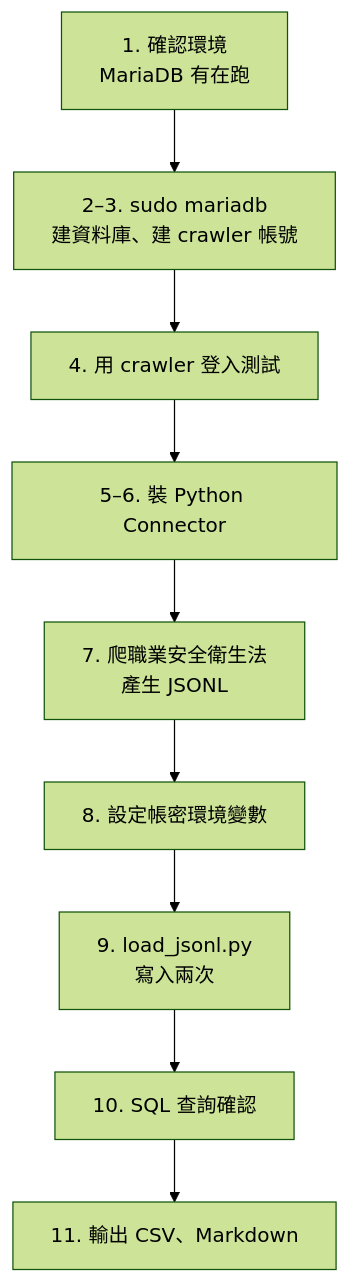
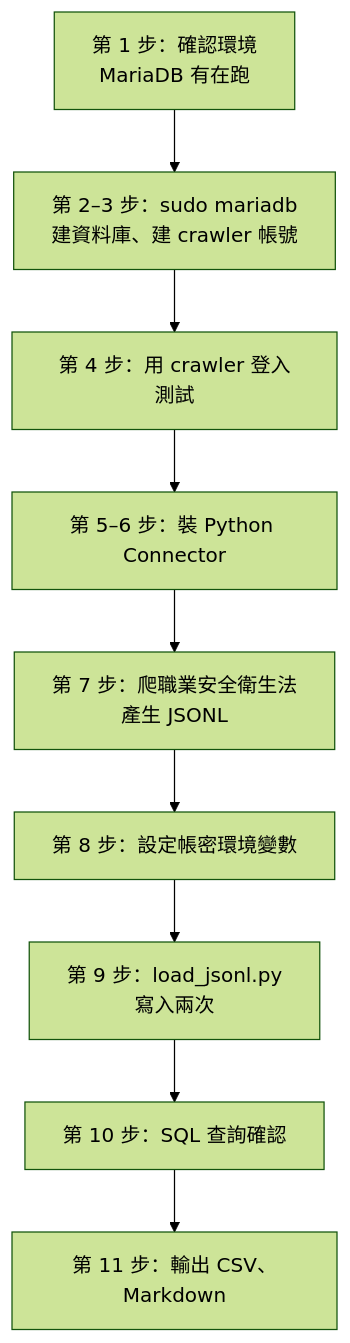
The diagram in docs/16-mariadb-setup.md (4-learn/python-web-crawler-demo), drawn with Mermaid (forest theme) before and after one commit.

Commit message:
[pm] fix: 16 附錄流程圖「1. …」被 mermaid 當成 markdown 清單（Unsupported markdown: list），改成「第 1 步：…」

````diff
--- a/docs/16-mariadb-setup.md
+++ b/docs/16-mariadb-setup.md
@@ -21,11 +21,11 @@
 ```mermaid
 flowchart TD
-    A["1. 確認環境<br/>MariaDB 有在跑"] --> B["2–3. sudo mariadb<br/>建資料庫、建 crawler 帳號"]
-    B --> C["4. 用 crawler 登入測試"]
-    C --> D["5–6. 裝 Python Connector"]
-    D --> E["7. 爬職業安全衛生法<br/>產生 JSONL"]
-    E --> F["8. 設定帳密環境變數"]
-    F --> G["9. load_jsonl.py<br/>寫入兩次"]
-    G --> H["10. SQL 查詢確認"]
-    H --> I["11. 輸出 CSV、Markdown"]
+    A["第 1 步：確認環境<br/>MariaDB 有在跑"] --> B["第 2–3 步：sudo mariadb<br/>建資料庫、建 crawler 帳號"]
+    B --> C["第 4 步：用 crawler 登入測試"]
+    C --> D["第 5–6 步：裝 Python Connector"]
+    D --> E["第 7 步：爬職業安全衛生法<br/>產生 JSONL"]
+    E --> F["第 8 步：設定帳密環境變數"]
+    F --> G["第 9 步：load_jsonl.py<br/>寫入兩次"]
+    G --> H["第 10 步：SQL 查詢確認"]
+    H --> I["第 11 步：輸出 CSV、Markdown"]
 ```
````
